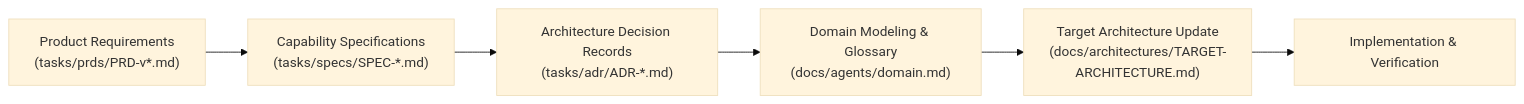
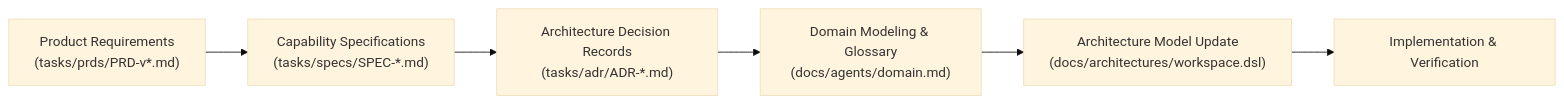
One commit to MathematicGuy/EMAIL-AGENT-v1 changed the second of 8 diagrams in docs/guides/SOFTWARE-DEVELOPMENT-CYCLE.md. Above: the diagram before and after it, drawn with Mermaid (base theme). The commit also changed other lines of this file and 68 other files, not shown here.

````diff
--- a/docs/guides/SOFTWARE-DEVELOPMENT-CYCLE.md
+++ b/docs/guides/SOFTWARE-DEVELOPMENT-CYCLE.md
@@ -128,8 +128,8 @@
 ```mermaid
 flowchart LR
     PRD["Product Requirements<br/>(tasks/prds/PRD-v*.md)"] --> SPEC["Capability Specifications<br/>(tasks/specs/SPEC-*.md)"]
     SPEC --> ADR["Architecture Decision Records<br/>(tasks/adr/ADR-*.md)"]
     ADR --> DOMAIN["Domain Modeling & Glossary<br/>(docs/agents/domain.md)"]
-    DOMAIN --> ARCH_TARGET["Target Architecture Update<br/>(docs/architectures/TARGET-ARCHITECTURE.md)"]
+    DOMAIN --> ARCH_TARGET["Architecture Model Update<br/>(docs/architectures/workspace.dsl)"]
     ARCH_TARGET --> CODE["Implementation & Verification"]
 ```
````
